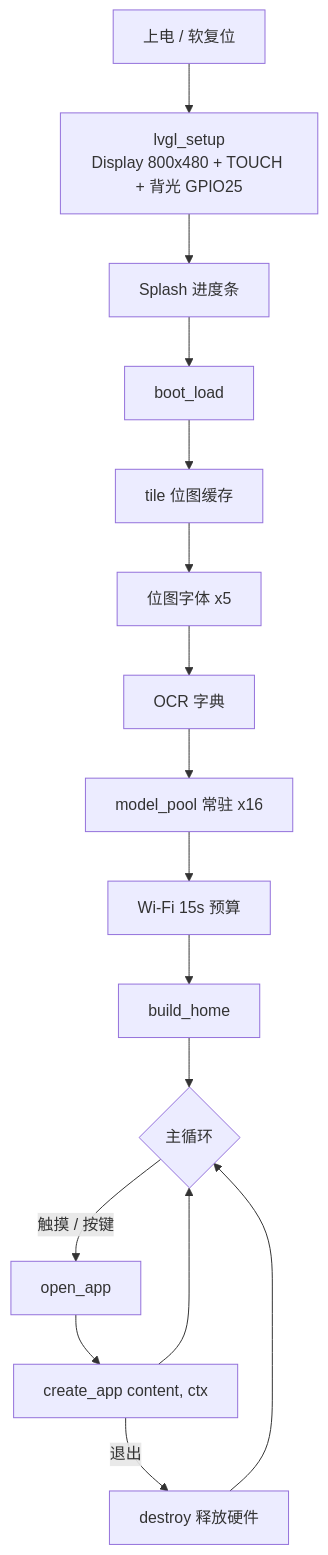
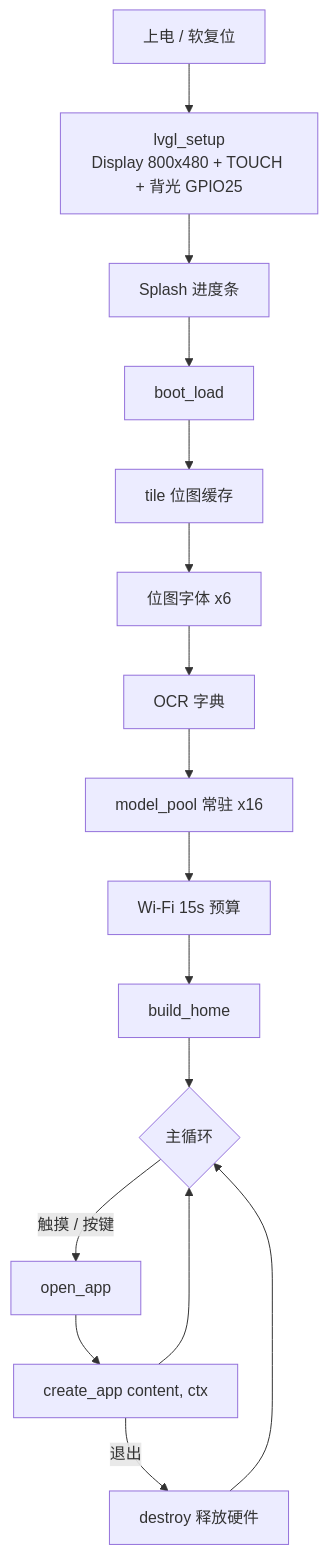
The diagram in README_zh.md (RockBase-lab/RockBase-K230-Vision-GUI), drawn with Mermaid before and after one commit. The commit also changed other lines of this file and 8 other files, not shown here.

````diff
--- a/README_zh.md
+++ b/README_zh.md
@@ -276,18 +273,18 @@
 ```mermaid
 flowchart TD
     A[上电 / 软复位] --> B[lvgl_setup<br/>Display 800x480 + TOUCH + 背光 GPIO25]
     B --> C[Splash 进度条]
     C --> D[boot_load]
     D --> E[tile 位图缓存]
-    E --> F[位图字体 x5]
+    E --> F[位图字体 x6]
     F --> G[OCR 字典]
     G --> H[model_pool 常驻 x16]
     H --> I[Wi-Fi 15s 预算]
     I --> J[build_home]
     J --> K{主循环}
     K -->|触摸 / 按键| L[open_app]
     L --> M[create_app content, ctx]
     M --> K
     M -->|退出| N[destroy 释放硬件]
     N --> K
 ```
````
